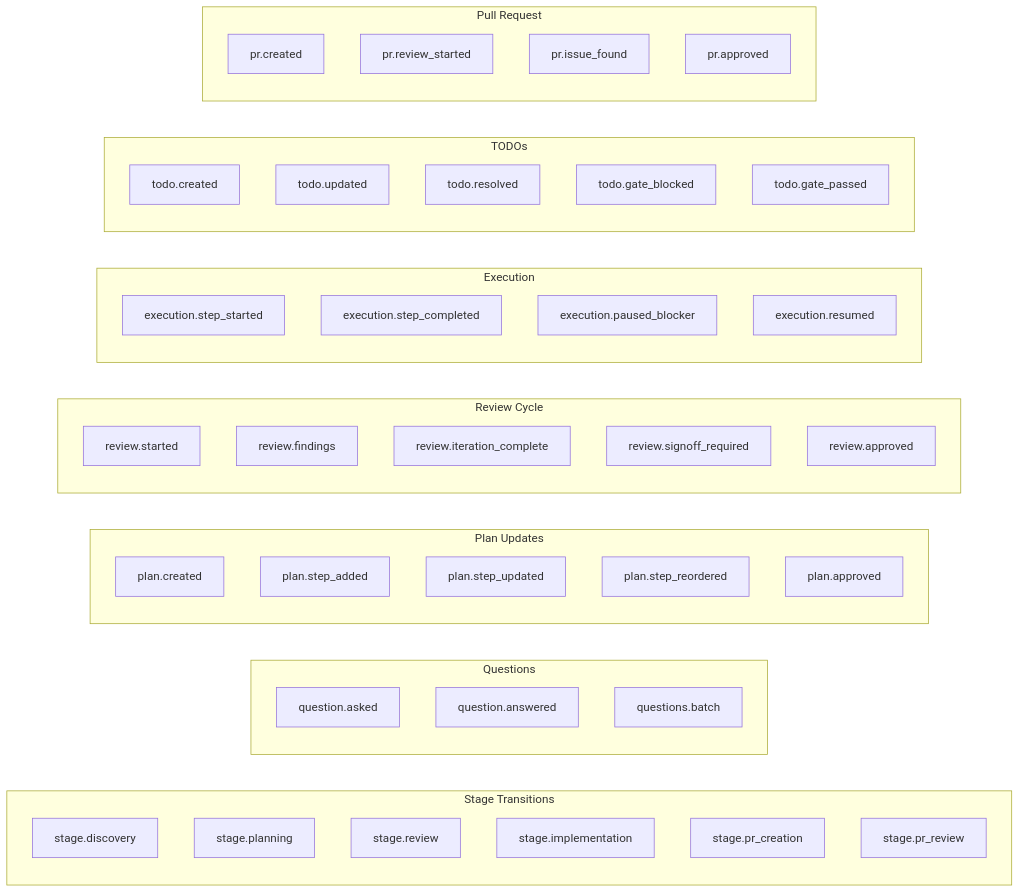
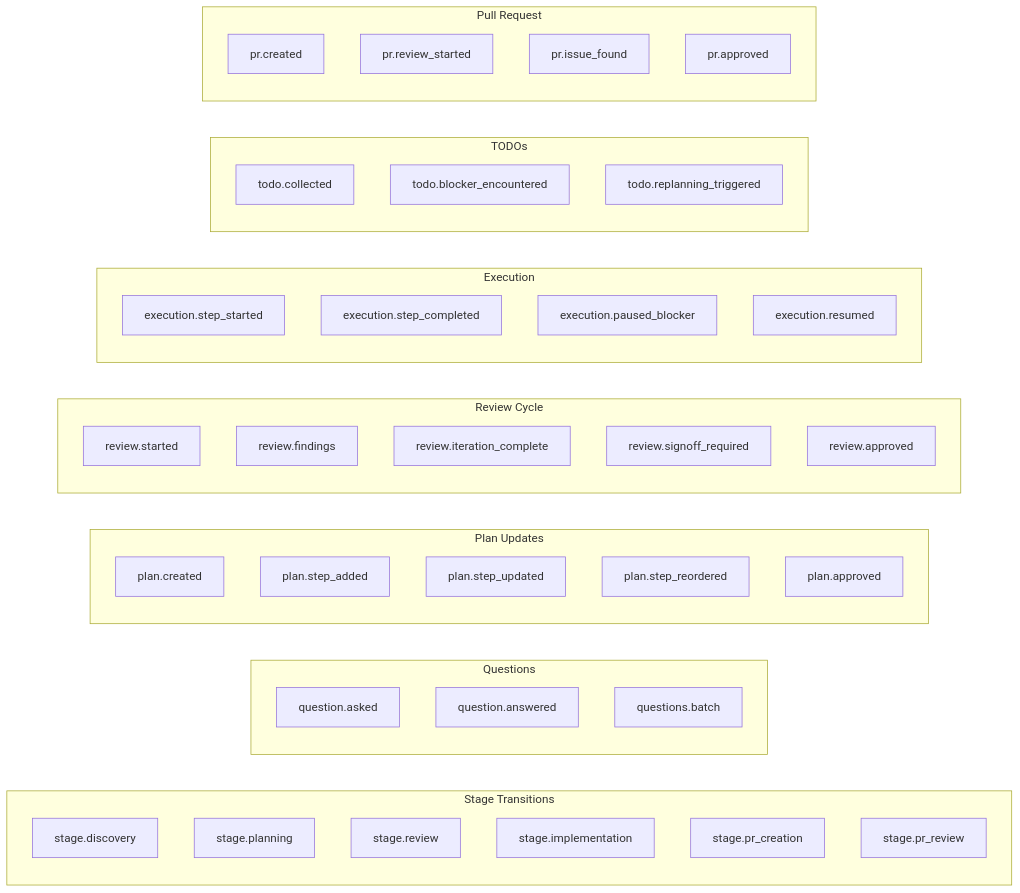
The ninth of 15 diagrams in README.md (clrke/ralph-web), drawn with Mermaid before and after one commit. The commit also changed other lines of this file, not shown here.

First line of the commit message:
Address fifth review: TODO flow, network access, and cleanup

````diff
--- a/README.md
+++ b/README.md
@@ -564,55 +568,53 @@
 ```mermaid
 flowchart LR
     subgraph StageEvents["Stage Transitions"]
         A["stage.discovery"]
         B["stage.planning"]
         C["stage.review"]
         D["stage.implementation"]
         E["stage.pr_creation"]
         F["stage.pr_review"]
     end
 
     subgraph QuestionEvents["Questions"]
         G["question.asked"]
         H["question.answered"]
         I["questions.batch"]
     end
 
     subgraph PlanEvents["Plan Updates"]
         J["plan.created"]
         K["plan.step_added"]
         L["plan.step_updated"]
         M["plan.step_reordered"]
         N["plan.approved"]
     end
 
     subgraph ReviewEvents["Review Cycle"]
         O["review.started"]
         P["review.findings"]
         Q["review.iteration_complete"]
         R["review.signoff_required"]
         S["review.approved"]
     end
 
     subgraph ExecutionEvents["Execution"]
         T["execution.step_started"]
         U["execution.step_completed"]
         V["execution.paused_blocker"]
         W["execution.resumed"]
     end
 
     subgraph TodoEvents["TODOs"]
-        T2["todo.created"]
-        T3["todo.updated"]
-        T4["todo.resolved"]
-        T5["todo.gate_blocked"]
-        T6["todo.gate_passed"]
+        T2["todo.collected"]
+        T3["todo.blocker_encountered"]
+        T4["todo.replanning_triggered"]
     end
 
     subgraph PREvents["Pull Request"]
         X["pr.created"]
         Y["pr.review_started"]
         Z["pr.issue_found"]
         AA["pr.approved"]
     end
 ```
````
